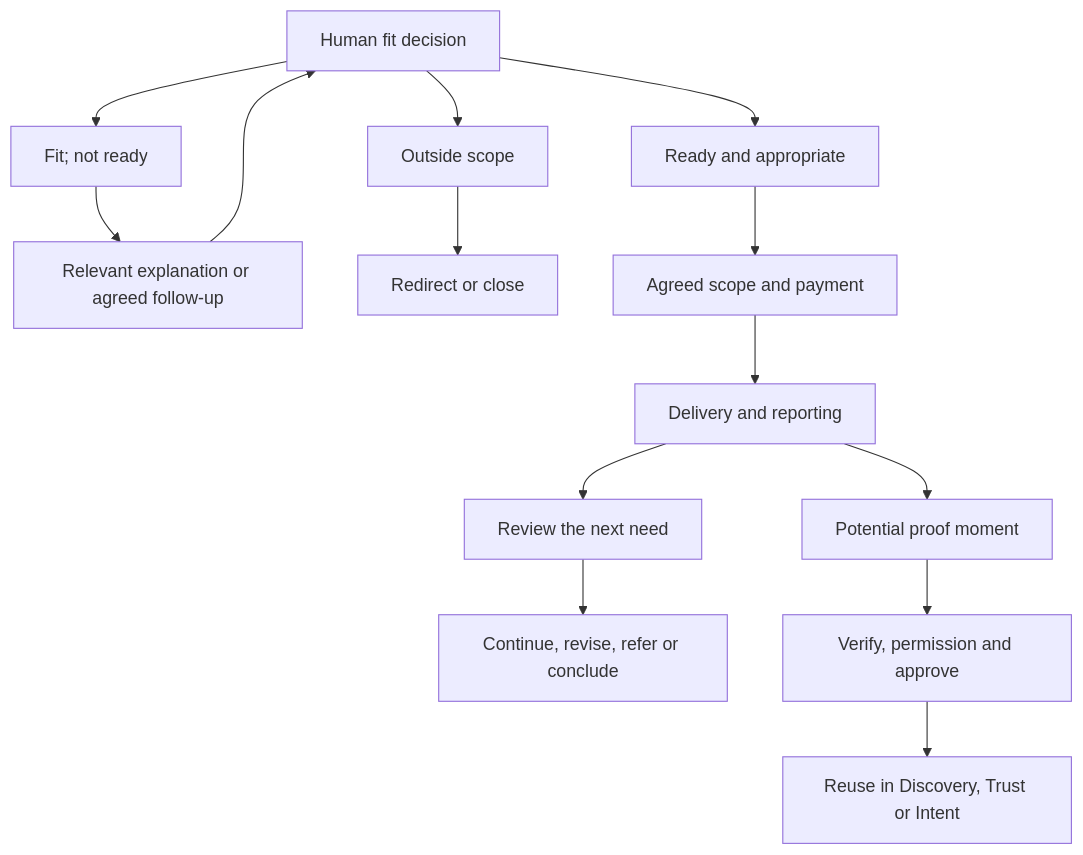
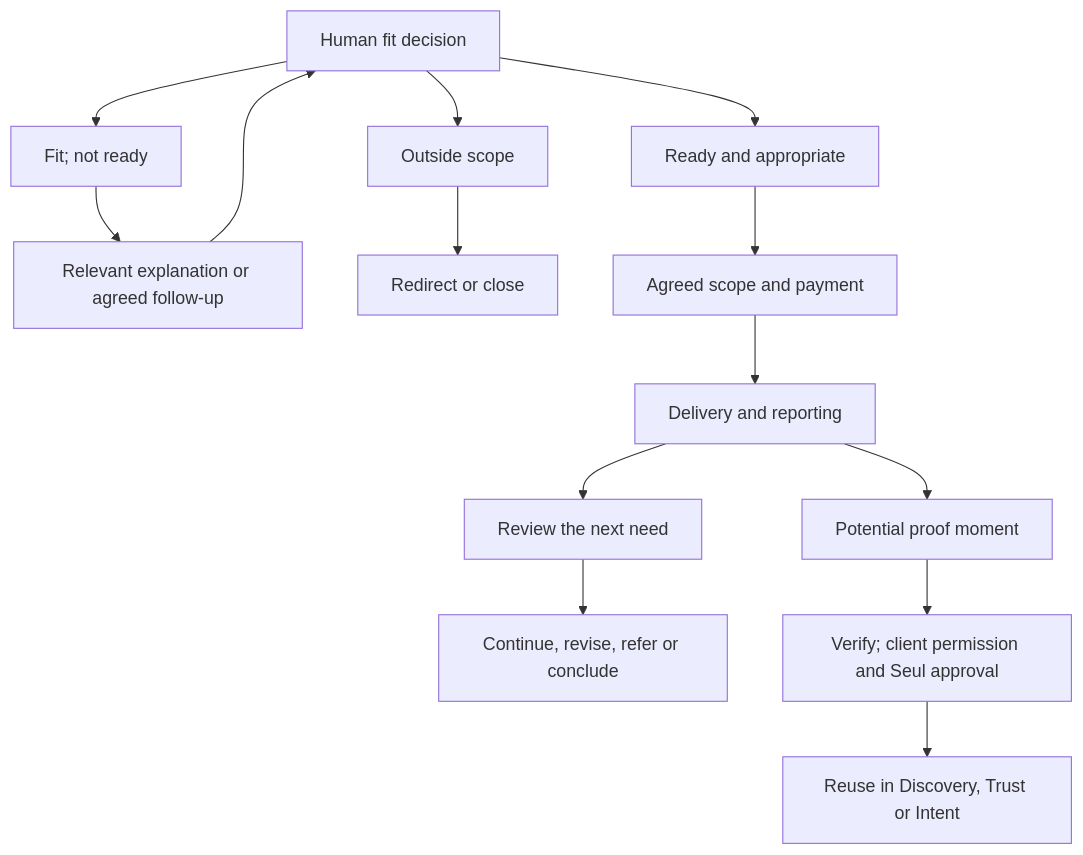
Before and after one commit to cloud-mind-social/cloud-mind-social: the second of 2 diagrams in Social-Media-Structure/Phase-4/PHASE_4_Funnel_Content_Strategy_Working_Draft.md, drawn with Mermaid. The commit also changed other lines of this file, not shown here.

Commit message:
Record Phase 4 draft approval and dual proof permission gate

````diff
--- a/Social-Media-Structure/Phase-4/PHASE_4_Funnel_Content_Strategy_Working_Draft.md
+++ b/Social-Media-Structure/Phase-4/PHASE_4_Funnel_Content_Strategy_Working_Draft.md
@@ -65,16 +65,16 @@
 ```mermaid
 flowchart TD
     Q["Human fit decision"] --> A["Ready and appropriate"]
     Q --> N["Fit; not ready"]
     Q --> X["Outside scope"]
     N --> I["Relevant explanation or agreed follow-up"]
     I --> Q
     X --> R["Redirect or close"]
     A --> C["Agreed scope and payment"]
     C --> D["Delivery and reporting"]
     D --> E["Review the next need"]
     E --> F["Continue, revise, refer or conclude"]
     D --> P["Potential proof moment"]
-    P --> G["Verify, permission and approve"]
+    P --> G["Verify; client permission and Seul approval"]
     G --> H["Reuse in Discovery, Trust or Intent"]
 ```
````
